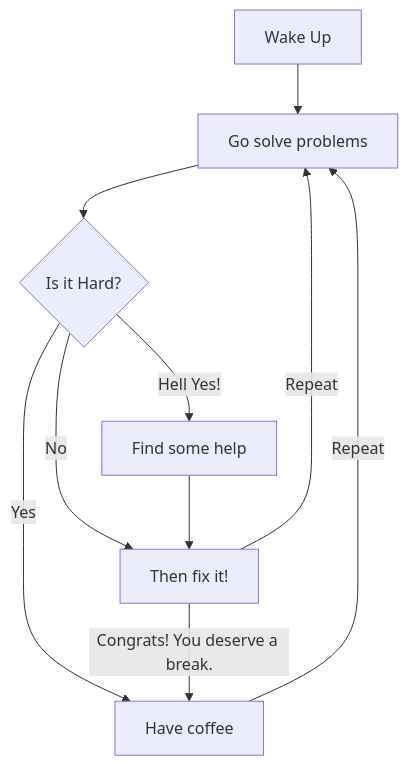
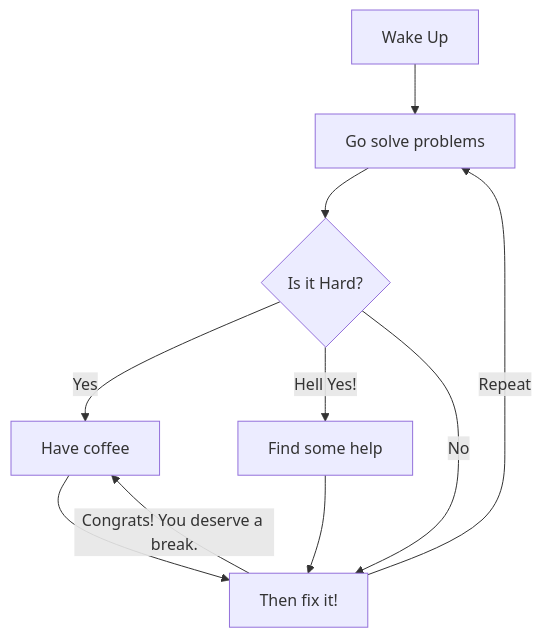
Before and after one commit to mbesson/mbesson: the diagram in README.md, drawn with Mermaid.

Commit message:
[MBE]: Top Down flow chart

````diff
--- a/README.md
+++ b/README.md
@@ -76,12 +76,12 @@
 ```mermaid
   flowchart TD
     B[Wake Up] --> D[Go solve problems]
     D --> E{Is it Hard?}
     E -->|Yes| F[Have coffee]
     E -->|Hell Yes!| G[Find some help]
     E -->|No| H[Then fix it!]
     H -->|Congrats! You deserve a break.| F
-    F -->|Repeat|D
+    F -->H
     G --> H
     H --> |Repeat|D
 ```
````
